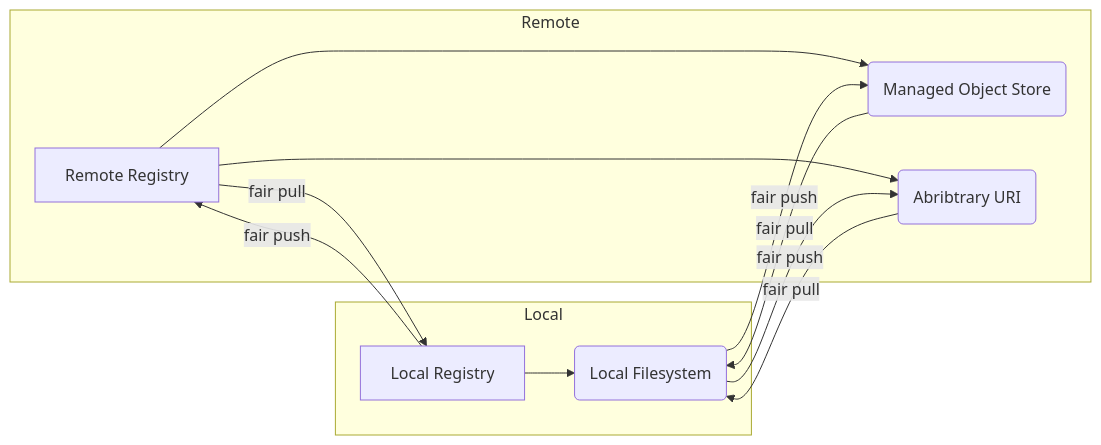
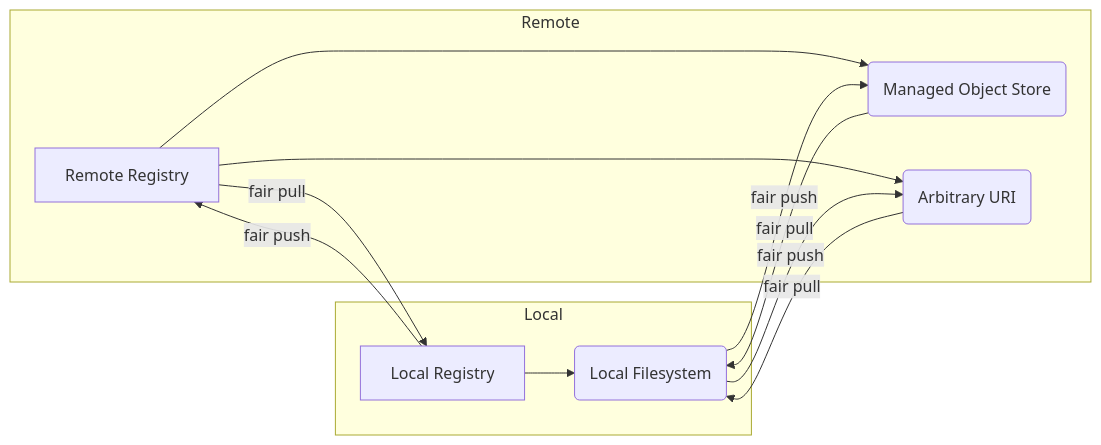
The second of 2 diagrams in content/_index.md (FAIRDataPipeline/hugo_source_files), drawn with Mermaid before and after one commit. The commit also changed other lines of this file, not shown here.

Commit message:
Update flowcharts

```diff
--- a/content/_index.md
+++ b/content/_index.md
@@ -54,25 +58,25 @@
 {{<mermaid align="left">}}
 graph LR;
     subgraph Remote
         RR
         OS
         URI
     end
     subgraph Local
         LR
         FS
     end
 
     RR[Remote Registry]-->|fair pull| LR[Local Registry]
     LR-->|fair push| RR
 
     RR-->OS(Managed Object Store)
-    RR-->URI(Abribtrary URI)
+    RR-->URI(Arbitrary URI)
     LR-->FS(Local Filesystem)
 
     OS-->|fair pull| FS
     URI-->|fair pull| FS
     FS-->|fair push| OS
     FS-->|fair push| URI
 
 {{< /mermaid >}}
```
